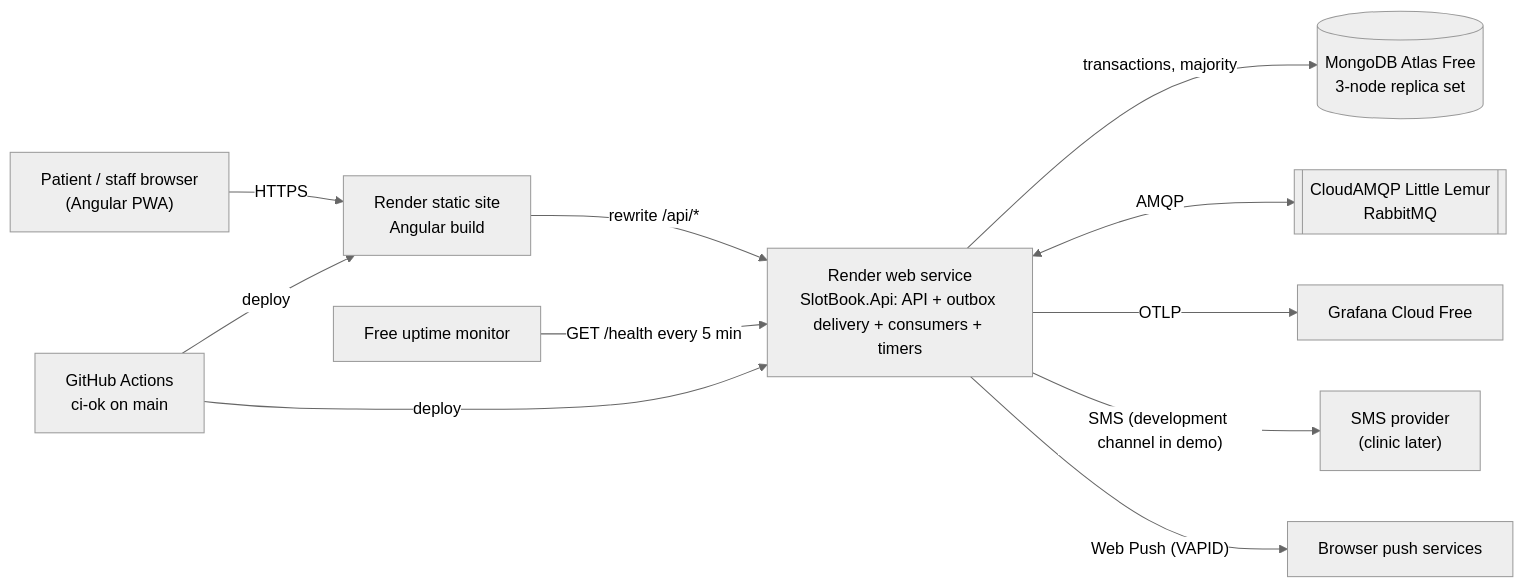
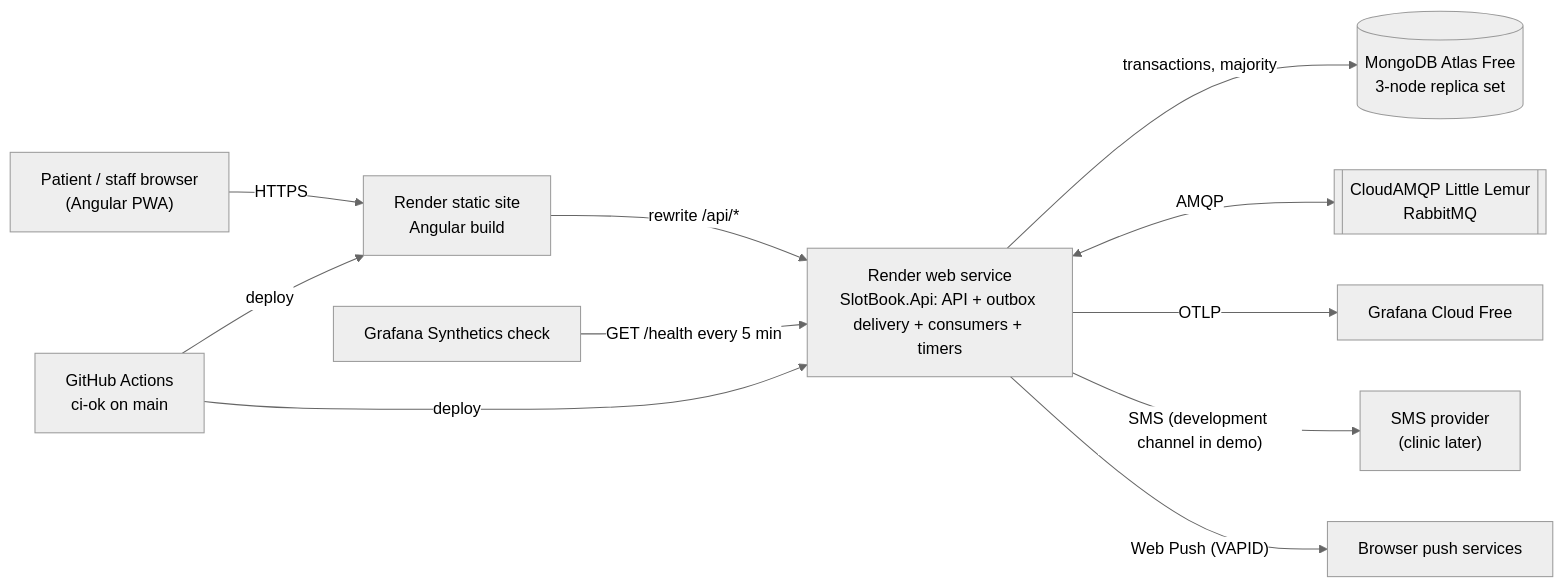
Before and after one commit to ashik71/bookingSystem: the second of 4 diagrams in _bmad-output/initiative-booking-management/architecture-slotbook/architecture-slotbook.md, drawn with Mermaid (neutral theme). The commit also changed other lines of this file and 3 other files, not shown here.

First line of the commit message:
docs: architecture spine — apply adversary and tech-currency reviews

````diff
--- a/_bmad-output/initiative-booking-management/architecture-slotbook/architecture-slotbook.md
+++ b/_bmad-output/initiative-booking-management/architecture-slotbook/architecture-slotbook.md
@@ -528,13 +665,13 @@
 ```mermaid
 flowchart LR
     Phone["Patient / staff browser<br/>(Angular PWA)"] -->|HTTPS| Static["Render static site<br/>Angular build"]
     Static -->|"rewrite /api/*"| Web["Render web service<br/>SlotBook.Api: API + outbox delivery + consumers + timers"]
     Web -->|"transactions, majority"| Mongo[("MongoDB Atlas Free<br/>3-node replica set")]
     Web <-->|AMQP| Rabbit[["CloudAMQP Little Lemur<br/>RabbitMQ"]]
     Web -->|OTLP| Grafana["Grafana Cloud Free"]
     Web -->|"SMS (development channel in demo)"| Sms["SMS provider<br/>(clinic later)"]
     Web -->|"Web Push (VAPID)"| Push["Browser push services"]
-    Uptime["Free uptime monitor"] -->|"GET /health every 5 min"| Web
+    Uptime["Grafana Synthetics check"] -->|"GET /health every 5 min"| Web
     GH["GitHub Actions<br/>ci-ok on main"] -->|deploy| Web
     GH -->|deploy| Static
 ```
````
